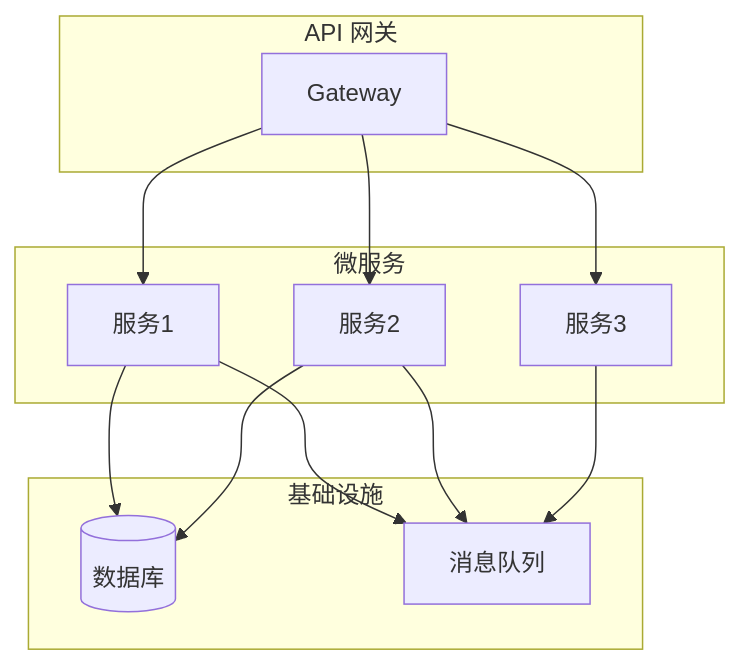
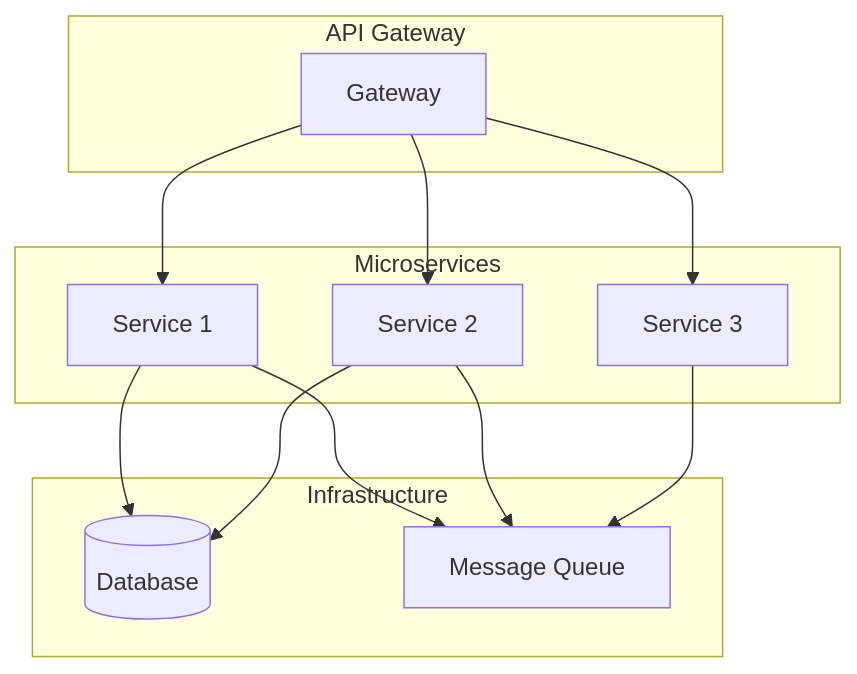
The sixth of 7 diagrams in custom/project-framework-analyzer/assets/framework-diagram-template.md (Konggou/my_skills), drawn with Mermaid before and after one commit. The commit also changed other lines of this file and 6 other files, not shown here.

````diff
--- a/custom/project-framework-analyzer/assets/framework-diagram-template.md
+++ b/custom/project-framework-analyzer/assets/framework-diagram-template.md
@@ -118,26 +118,26 @@
 ```mermaid
 graph TB
-    subgraph "API 网关"
+    subgraph "API Gateway"
         GW[Gateway]
     end
     
-    subgraph "微服务"
-        S1[服务1]
-        S2[服务2]
-        S3[服务3]
+    subgraph "Microservices"
+        S1[Service 1]
+        S2[Service 2]
+        S3[Service 3]
     end
     
-    subgraph "基础设施"
-        DB[(数据库)]
-        MQ[消息队列]
+    subgraph "Infrastructure"
+        DB[(Database)]
+        MQ[Message Queue]
     end
     
     GW --> S1
     GW --> S2
     GW --> S3
     S1 --> DB
     S2 --> DB
     S1 --> MQ
     S2 --> MQ
     S3 --> MQ
 ```
````
